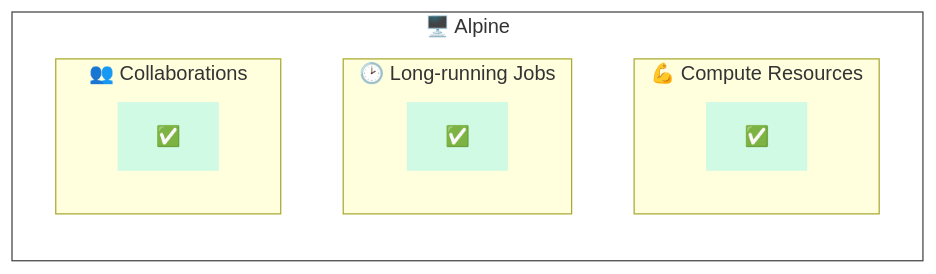
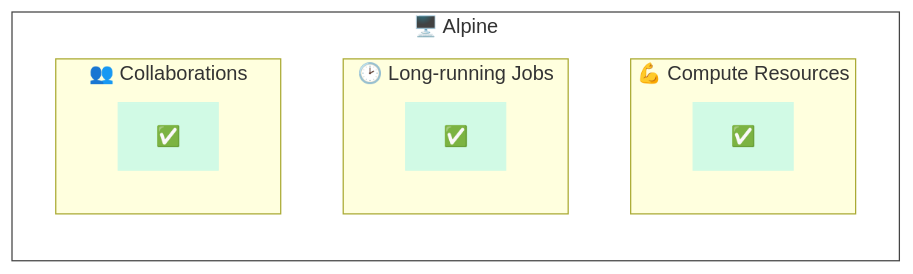
One commit to CU-DBMI/set-website changed the second of 8 diagrams in _posts/2023-07-07-Using-Python-and-Anaconda-with-the-Alpine-HPC-Cluster.md. Above: the diagram before and after it, drawn with Mermaid. The commit also changed other lines of this file, not shown here.

Commit message:
remove nbsp from diagrams

````diff
--- a/_posts/2023-07-07-Using-Python-and-Anaconda-with-the-Alpine-HPC-Cluster.md
+++ b/_posts/2023-07-07-Using-Python-and-Anaconda-with-the-Alpine-HPC-Cluster.md
@@ -63,21 +63,21 @@
 ```mermaid!
 flowchart LR
     subgraph alpine["🖥️ Alpine"]
         direction TB
-        subgraph resources[" &nbsp; 💪 Compute Resources &nbsp;"]
+        subgraph resources["💪 Compute Resources"]
             check1["✅"]
         end
-        subgraph time[" &nbsp; 🕑 Long-running Jobs &nbsp;"]
+        subgraph time["🕑 Long-running Jobs"]
             check2["✅"]
         end
-        subgraph collaborations[" &nbsp; 👥 Collaborations &nbsp;"]
+        subgraph collaborations["👥 Collaborations"]
             check3["✅"]
         end
     end
 
 style alpine fill:#ffffff,stroke:#444444;
 style check1 fill:#D1FAE5,stroke:#D1FAE5;
 style check2 fill:#D1FAE5,stroke:#D1FAE5;
 style check3 fill:#D1FAE5,stroke:#D1FAE5;
 style alpine fill:#ffffff,stroke:#444444;
 ```
````
